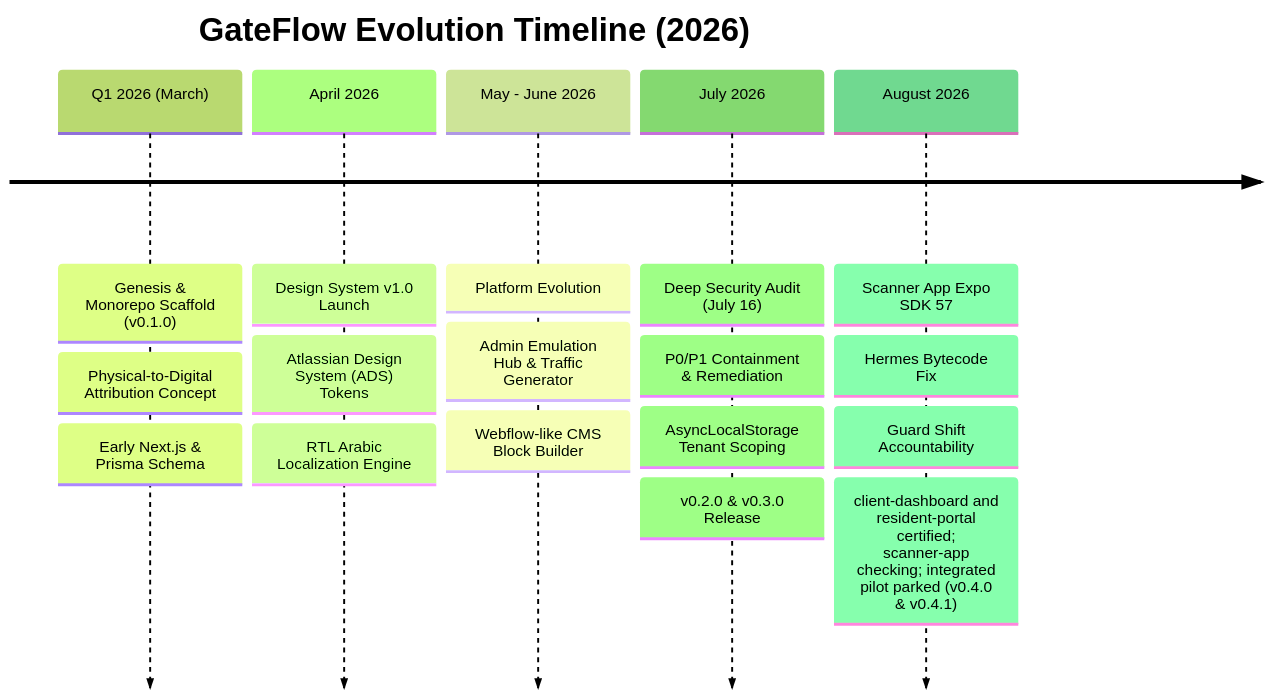
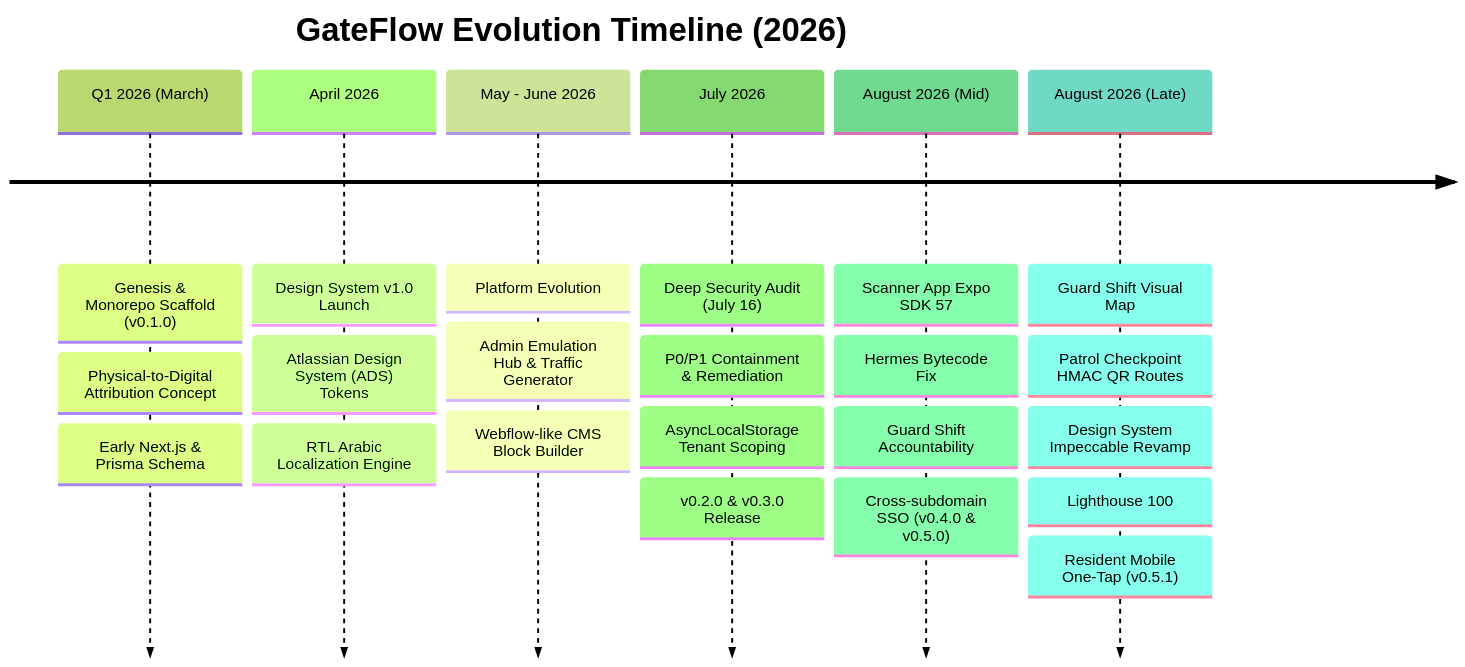
Before and after one commit to iDorgham/Gateflow: the diagram in docs/notebooklm/NOTEBOOKLM_11_FULL_HISTORY_DAY1_TO_PRESENT_AND_AI_CONTEXT.md, drawn with Mermaid (forest theme). The commit also changed other lines of this file and 27 other files, not shown here.

Commit message:
docs: update design system manifesto, knowledge base, notebooklm context, and test suite

````diff
--- a/docs/notebooklm/NOTEBOOKLM_11_FULL_HISTORY_DAY1_TO_PRESENT_AND_AI_CONTEXT.md
+++ b/docs/notebooklm/NOTEBOOKLM_11_FULL_HISTORY_DAY1_TO_PRESENT_AND_AI_CONTEXT.md
@@ -15,9 +15,10 @@
 ```mermaid
 timeline
     title GateFlow Evolution Timeline (2026)
     Q1 2026 (March) : Genesis & Monorepo Scaffold (v0.1.0) : Physical-to-Digital Attribution Concept : Early Next.js & Prisma Schema
     April 2026 : Design System v1.0 Launch : Atlassian Design System (ADS) Tokens : RTL Arabic Localization Engine
     May - June 2026 : Platform Evolution : Admin Emulation Hub & Traffic Generator : Webflow-like CMS Block Builder
     July 2026 : Deep Security Audit (July 16) : P0/P1 Containment & Remediation : AsyncLocalStorage Tenant Scoping : v0.2.0 & v0.3.0 Release
-    August 2026 : Scanner App Expo SDK 57 : Hermes Bytecode Fix : Guard Shift Accountability : client-dashboard and resident-portal certified; scanner-app checking; integrated pilot parked (v0.4.0 & v0.4.1)
+    August 2026 (Mid) : Scanner App Expo SDK 57 : Hermes Bytecode Fix : Guard Shift Accountability : Cross-subdomain SSO (v0.4.0 & v0.5.0)
+    August 2026 (Late) : Guard Shift Visual Map : Patrol Checkpoint HMAC QR Routes : Design System Impeccable Revamp : Lighthouse 100 : Resident Mobile One-Tap (v0.5.1)
 ```
````
